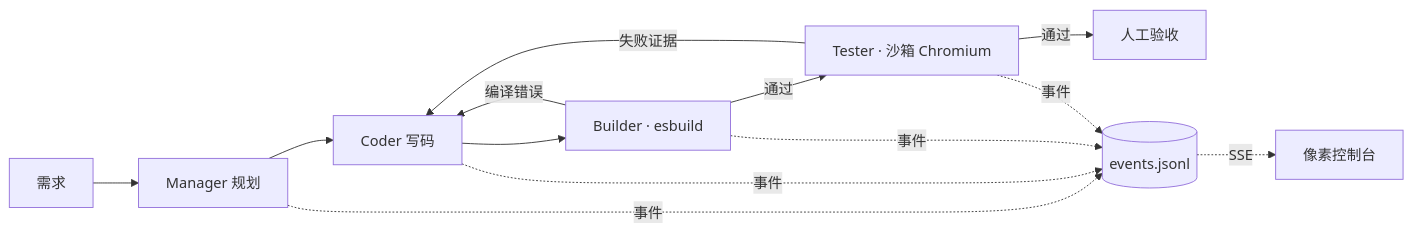
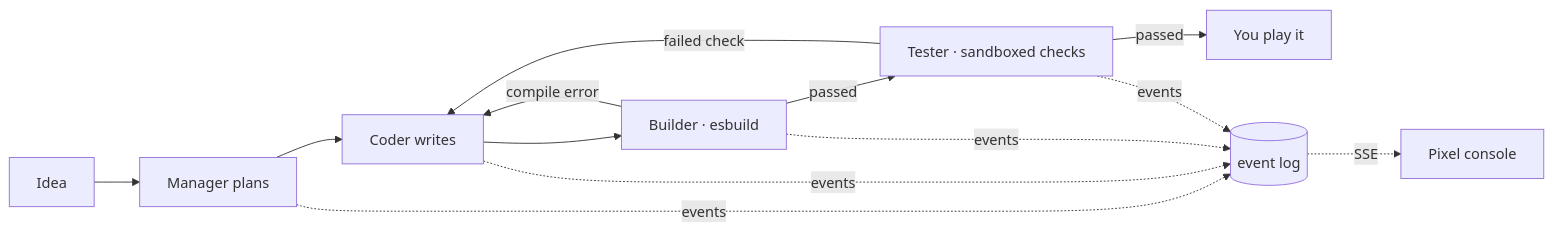
Before and after one commit to 3617375681/PIXELAGENT-HUB: the diagram in README.md, drawn with Mermaid. The commit also changed other lines of this file and 5 other files, not shown here.

````diff
--- a/README.md
+++ b/README.md
@@ -53,9 +66,9 @@
 ```mermaid
 flowchart LR
-  R[需求] --> M[Manager 规划] --> C[Coder 写码] --> B[Builder · esbuild]
-  B -- 编译错误 --> C
-  B -- 通过 --> T[Tester · 沙箱 Chromium]
-  T -- 失败证据 --> C
-  T -- 通过 --> H[人工验收]
-  M & C & B & T -. 事件 .-> E[(events.jsonl)] -. SSE .-> UI[像素控制台]
+  R[Idea] --> M[Manager plans] --> C[Coder writes] --> B[Builder · esbuild]
+  B -- compile error --> C
+  B -- passed --> T[Tester · sandboxed checks]
+  T -- failed check --> C
+  T -- passed --> H[You play it]
+  M & C & B & T -. events .-> E[(event log)] -. SSE .-> UI[Pixel console]
 ```
````
